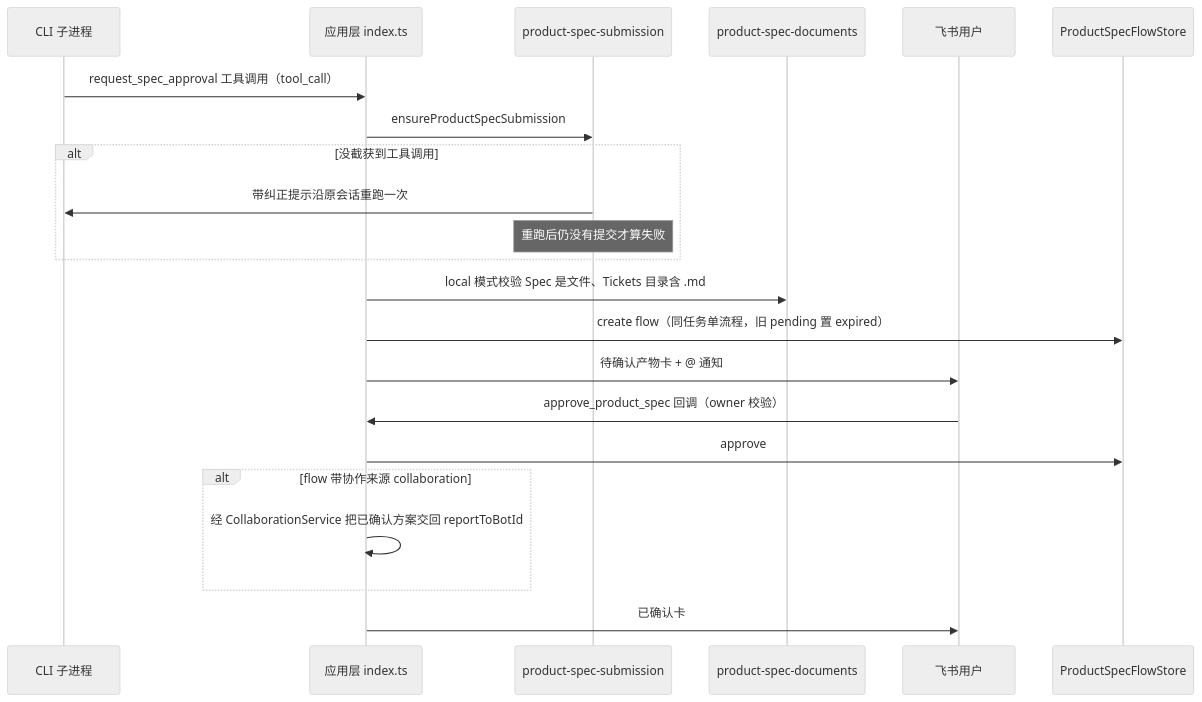
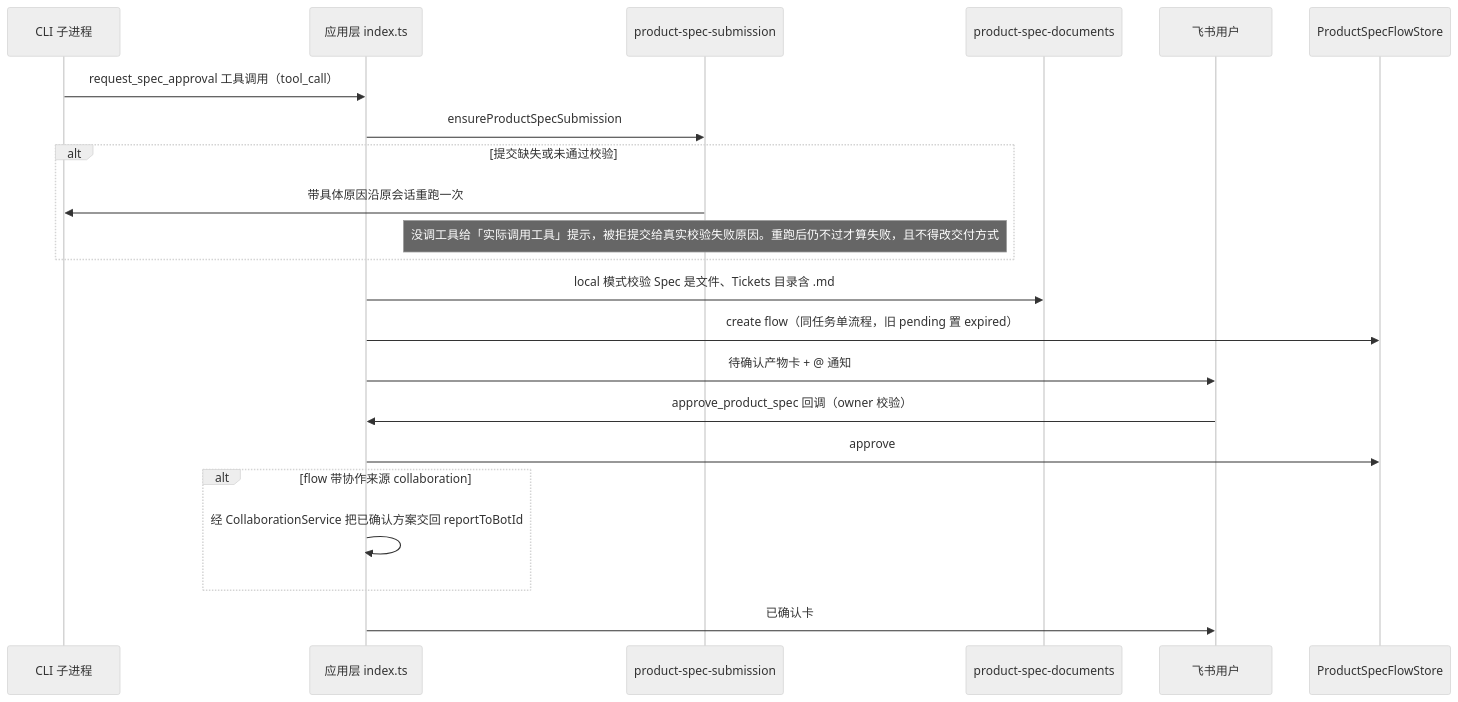
One commit to CerrorJ/Agent-Team changed the diagram in openwiki/domain/product-spec.md. Above: the diagram before and after it, drawn with Mermaid (neutral theme). The commit also changed other lines of this file and 6 other files, not shown here.

````diff
--- a/openwiki/domain/product-spec.md
+++ b/openwiki/domain/product-spec.md
@@ -41,25 +42,25 @@
 ```mermaid
 sequenceDiagram
     participant CLI as CLI 子进程
     participant App as 应用层 index.ts
     participant Sub as product-spec-submission
     participant Doc as product-spec-documents
     participant User as 飞书用户
     participant Store as ProductSpecFlowStore
 
     CLI->>App: request_spec_approval 工具调用（tool_call）
     App->>Sub: ensureProductSpecSubmission
-    alt 没截获到工具调用
-        Sub->>CLI: 带纠正提示沿原会话重跑一次
-        Note over Sub: 重跑后仍没有提交才算失败
+    alt 提交缺失或未通过校验
+        Sub->>CLI: 带具体原因沿原会话重跑一次
+        Note over Sub: 没调工具给「实际调用工具」提示，被拒提交给真实校验失败原因。重跑后仍不过才算失败，且不得改交付方式
     end
     App->>Doc: local 模式校验 Spec 是文件、Tickets 目录含 .md
     App->>Store: create flow（同任务单流程，旧 pending 置 expired）
     App->>User: 待确认产物卡 + @ 通知
     User->>App: approve_product_spec 回调（owner 校验）
     App->>Store: approve
     alt flow 带协作来源 collaboration
         App->>App: 经 CollaborationService 把已确认方案交回 reportToBotId
     end
     App->>User: 已确认卡
 ```
````
